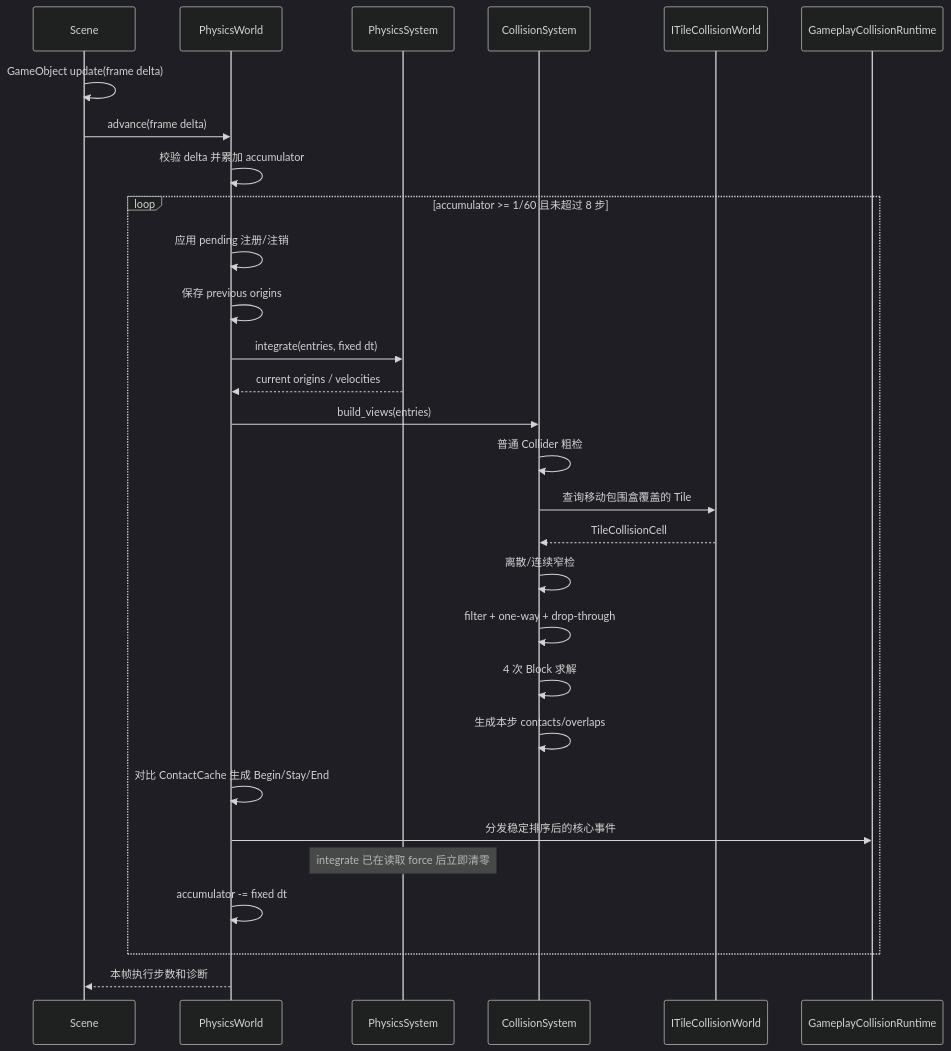
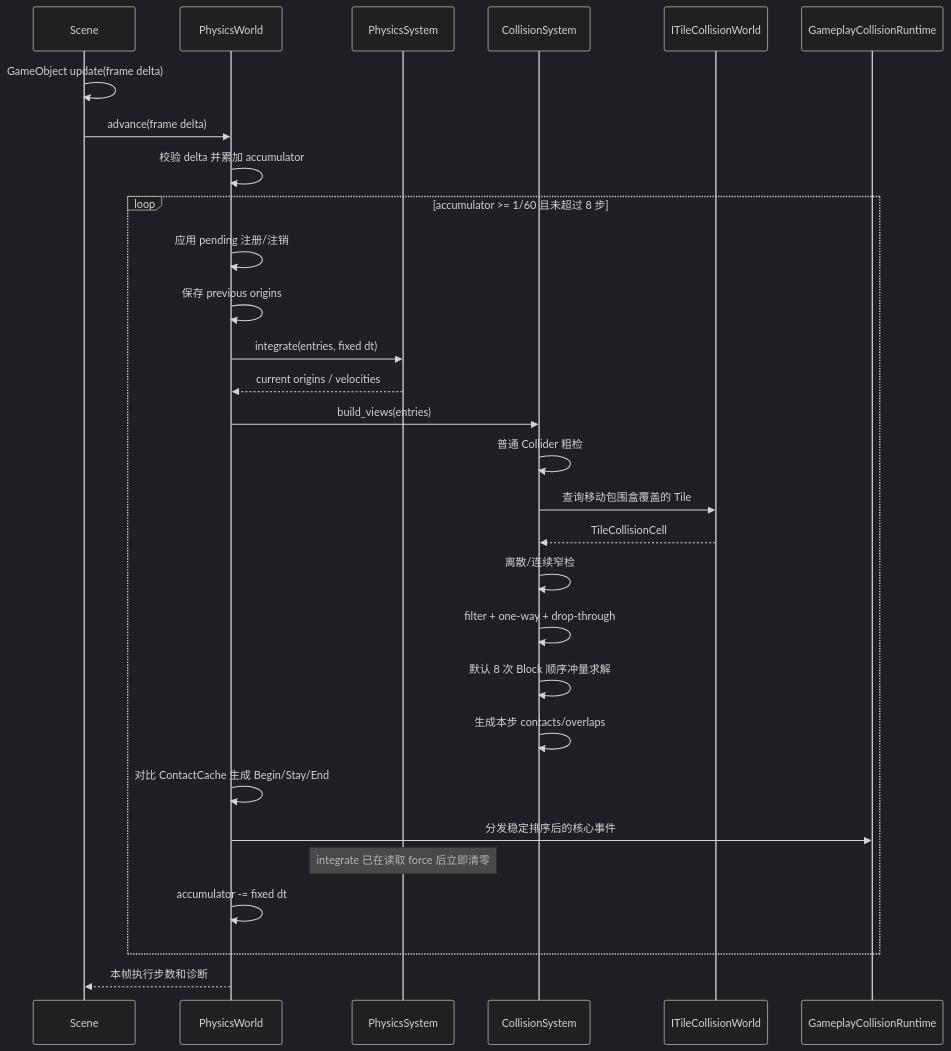
Before and after one commit to Akil0814/ElysiaEngine: the second of 3 diagrams in docs/subsystems/physics/02-target-architecture.md, drawn with Mermaid (dark theme). The commit also changed other lines of this file and 53 other files, not shown here.

````diff
--- a/docs/subsystems/physics/02-target-architecture.md
+++ b/docs/subsystems/physics/02-target-architecture.md
@@ -62,32 +62,32 @@
 ```mermaid
 sequenceDiagram
     participant S as Scene
     participant W as PhysicsWorld
     participant P as PhysicsSystem
     participant C as CollisionSystem
     participant T as ITileCollisionWorld
     participant G as GameplayCollisionRuntime
 
     S->>S: GameObject update(frame delta)
     S->>W: advance(frame delta)
     W->>W: 校验 delta 并累加 accumulator
     loop accumulator >= 1/60 且未超过 8 步
         W->>W: 应用 pending 注册/注销
         W->>W: 保存 previous origins
         W->>P: integrate(entries, fixed dt)
         P-->>W: current origins / velocities
         W->>C: build_views(entries)
         C->>C: 普通 Collider 粗检
         C->>T: 查询移动包围盒覆盖的 Tile
         T-->>C: TileCollisionCell
         C->>C: 离散/连续窄检
         C->>C: filter + one-way + drop-through
-        C->>C: 4 次 Block 求解
+        C->>C: 默认 8 次 Block 顺序冲量求解
         C->>C: 生成本步 contacts/overlaps
         W->>W: 对比 ContactCache 生成 Begin/Stay/End
         W->>G: 分发稳定排序后的核心事件
         Note over P: integrate 已在读取 force 后立即清零
         W->>W: accumulator -= fixed dt
     end
     W-->>S: 本帧执行步数和诊断
 ```
````
